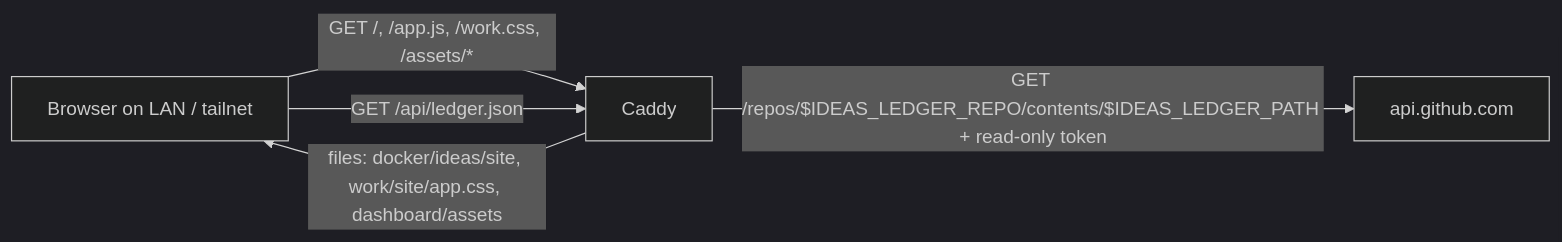
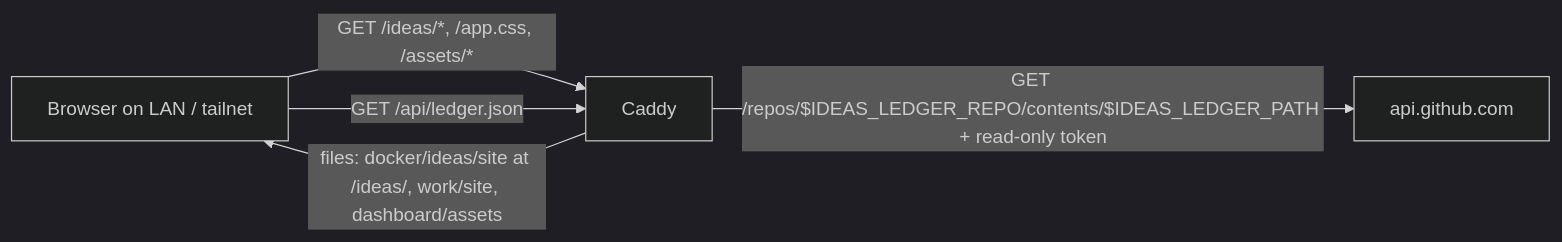
Before and after one commit to brignano/homelab: the diagram in docker/ideas/README.md, drawn with Mermaid (dark theme). The commit also changed other lines of this file and 12 other files, not shown here.

First line of the commit message:
Work/Ideas: one origin so the tab switch cross-fades (#414)

````diff
--- a/docker/ideas/README.md
+++ b/docker/ideas/README.md
@@ -10,7 +11,7 @@
 ```mermaid
 flowchart LR
-  B[Browser on LAN / tailnet] -- "GET /, /app.js, /work.css, /assets/*" --> C[Caddy]
+  B[Browser on LAN / tailnet] -- "GET /ideas/*, /app.css, /assets/*" --> C[Caddy]
   B -- "GET /api/ledger.json" --> C
-  C -- "files: docker/ideas/site, work/site/app.css, dashboard/assets" --> B
+  C -- "files: docker/ideas/site at /ideas/, work/site, dashboard/assets" --> B
   C -- "GET /repos/$IDEAS_LEDGER_REPO/contents/$IDEAS_LEDGER_PATH + read-only token" --> G[api.github.com]
 ```
````
